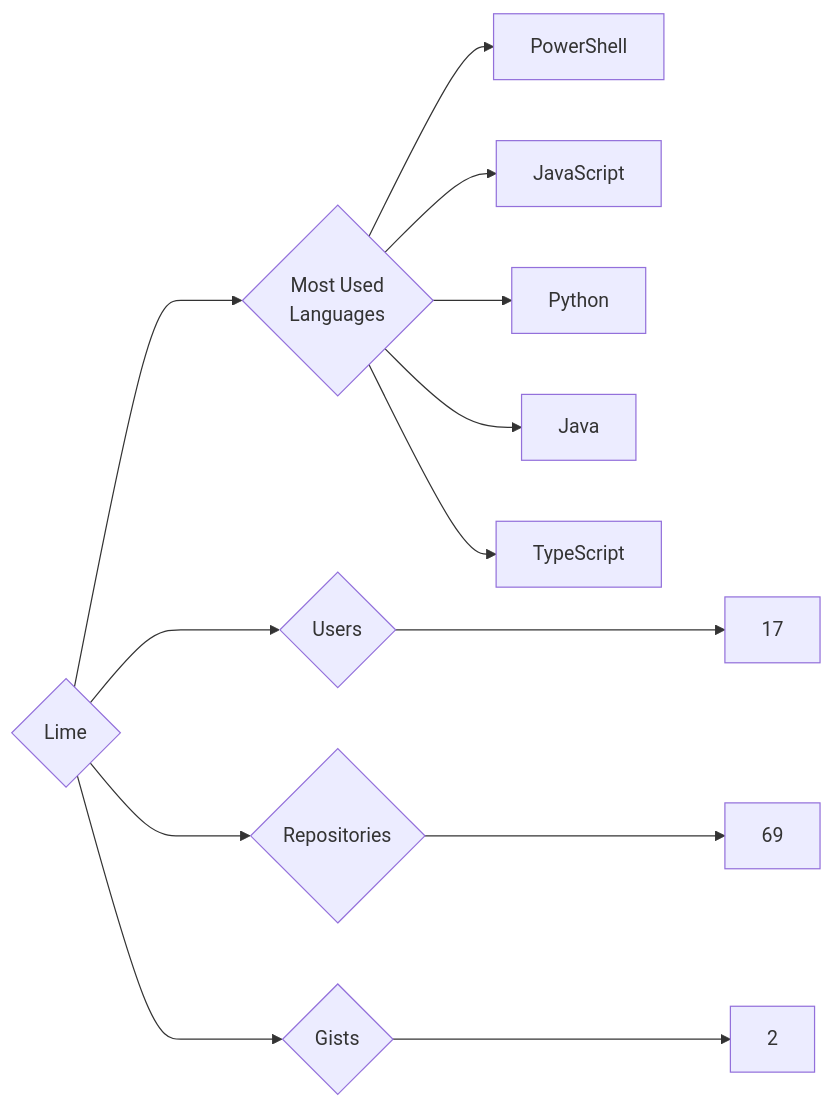
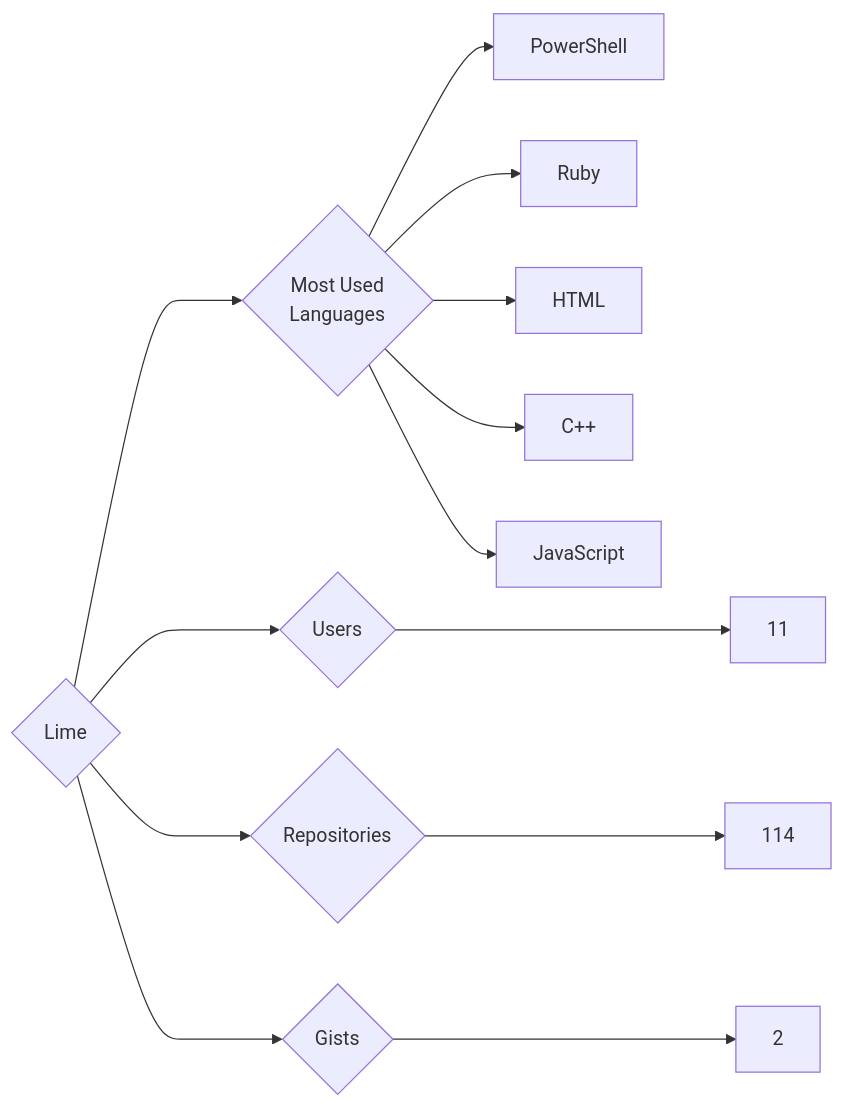
Before and after one commit to trickest/insiders: the diagram in targets/Lime/README.md, drawn with Mermaid. The commit also changed 723 other files, not shown here.

````diff
--- a/targets/Lime/README.md
+++ b/targets/Lime/README.md
@@ -3,13 +3,13 @@
 ```mermaid
 graph LR
 COMPANY_NAME{Lime}
-COMPANY_NAME ---> U{Users} ---> UN[17]
-COMPANY_NAME ---> R{Repositories} ---> RN[69]
+COMPANY_NAME ---> U{Users} ---> UN[11]
+COMPANY_NAME ---> R{Repositories} ---> RN[114]
 COMPANY_NAME ---> G{Gists} ---> GN[2]
 COMPANY_NAME ---> ML{Most Used<br>Languages}
 ML --> PowerShell[PowerShell]
+ML --> Ruby[Ruby]
+ML --> HTML[HTML]
+ML --> C++[C++]
 ML --> JavaScript[JavaScript]
-ML --> Python[Python]
-ML --> Java[Java]
-ML --> TypeScript[TypeScript]
 ```
````
